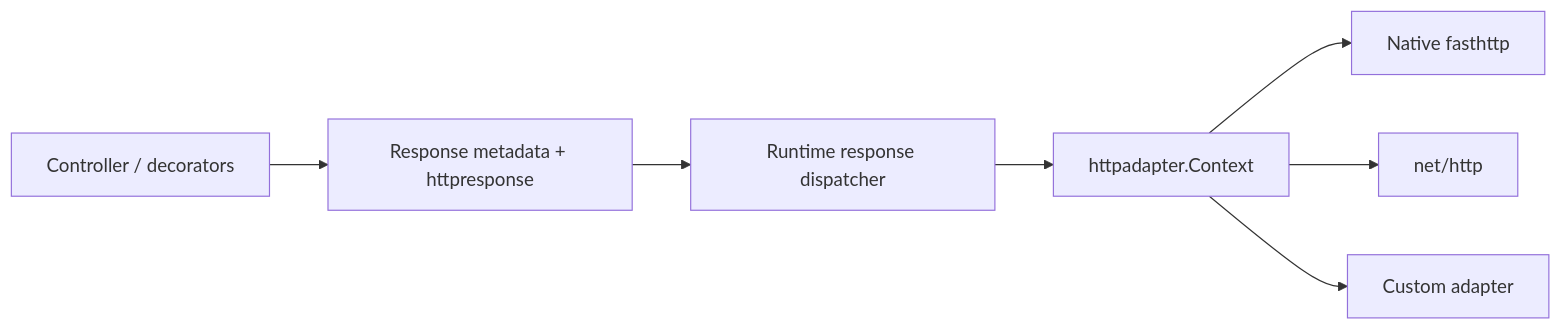
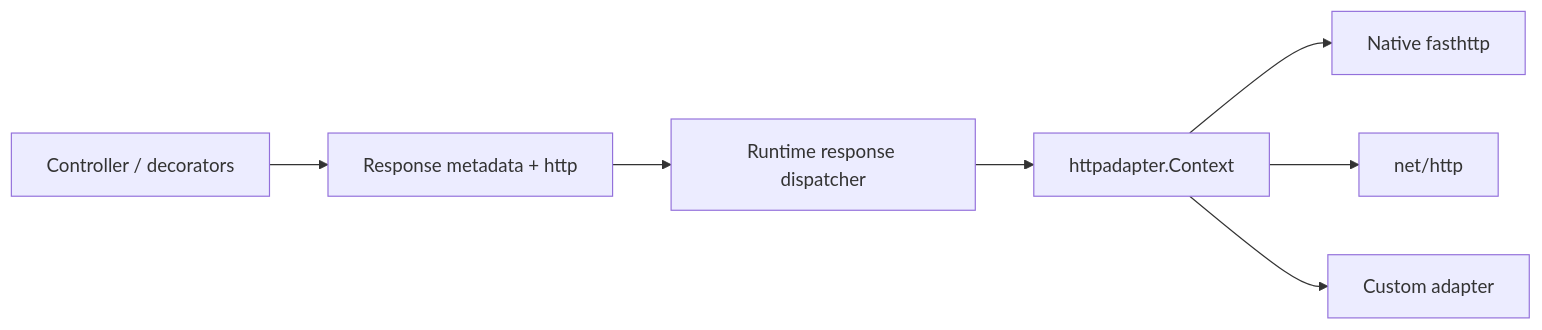
One commit to kevenmiano/nestgo changed the diagram in docs/HTTP_RESPONSES.md. Above: the diagram before and after it, drawn with Mermaid. The commit also changed other lines of this file and 9 other files, not shown here.

Commit message:
refactor(http): use concise public http package instead of httpresponse

````diff
--- a/docs/HTTP_RESPONSES.md
+++ b/docs/HTTP_RESPONSES.md
@@ -112,9 +112,9 @@
 ```mermaid
 flowchart LR
-    C["Controller / decorators"] --> R["Response metadata + httpresponse"]
+    C["Controller / decorators"] --> R["Response metadata + http"]
     R --> H["Runtime response dispatcher"]
     H --> A["httpadapter.Context"]
     A --> F["Native fasthttp"]
     A --> N["net/http"]
     A --> X["Custom adapter"]
 ```
````
